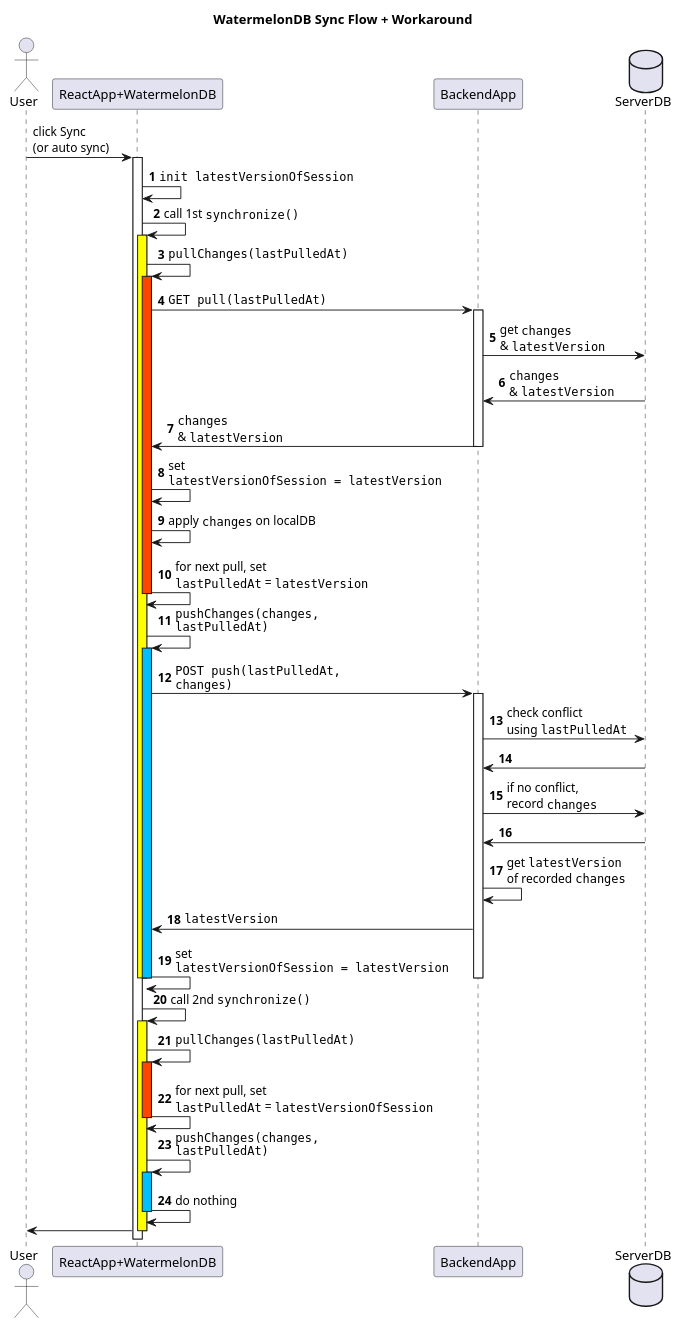
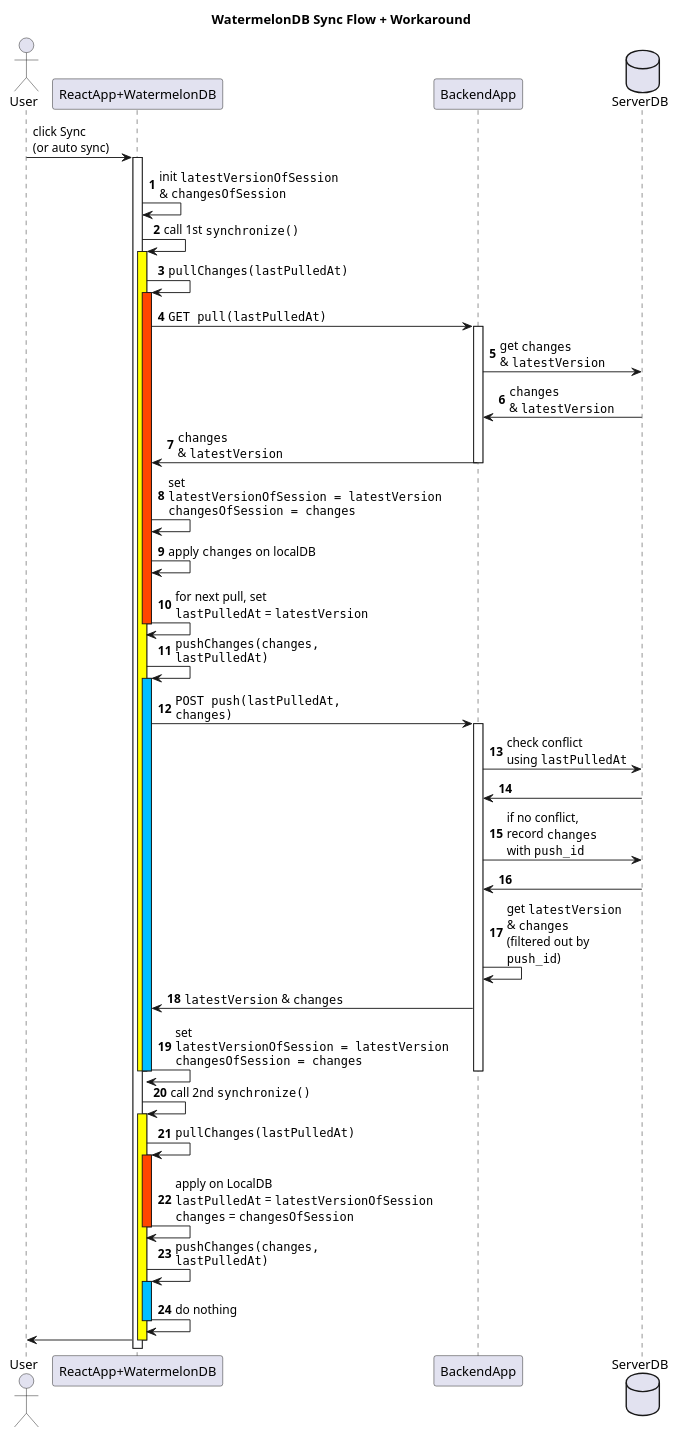
Before and after one commit to fahrinh/my-blog: the diagram in diagram/watermelondb-sync-flow-workaround.plantuml, drawn with PlantUML.

Commit message:
update diagram

```diff
--- a/diagram/watermelondb-sync-flow-workaround.plantuml
+++ b/diagram/watermelondb-sync-flow-workaround.plantuml
@@ -1,80 +1,80 @@
 @startuml
 title WatermelonDB Sync Flow + Workaround
 
 actor User
 
 participant "ReactApp+WatermelonDB" as ReactApp
 participant BackendApp
 database ServerDB
 
 User -> ReactApp : click Sync\n(or auto sync)
 activate ReactApp
 
 autonumber
 
-ReactApp -> ReactApp : ""init latestVersionOfSession""
+ReactApp -> ReactApp : init ""latestVersionOfSession""\n& ""changesOfSession""
 
 ReactApp -> ReactApp : call 1st ""synchronize()""
 activate ReactApp #Yellow
 
 ReactApp -> ReactApp : ""pullChanges(lastPulledAt)""
 activate ReactApp #OrangeRed
 
 ReactApp -> BackendApp : ""GET pull(lastPulledAt)""
 activate BackendApp
 
 BackendApp -> ServerDB : get ""changes"" \n& ""latestVersion""
 ServerDB -> BackendApp : ""changes"" \n& ""latestVersion""
 
 BackendApp -> ReactApp : ""changes"" \n& ""latestVersion""
 deactivate BackendApp
 
-ReactApp -> ReactApp : set\n""latestVersionOfSession = latestVersion""
+ReactApp -> ReactApp : set\n""latestVersionOfSession = latestVersion""\n""changesOfSession = changes""
 ReactApp -> ReactApp : apply ""changes"" on localDB
 ReactApp -> ReactApp : for next pull, set\n""lastPulledAt"" = ""latestVersion""
 
 deactivate ReactApp
 
 ReactApp -> ReactApp : ""pushChanges(changes,""\n""lastPulledAt)""
 activate ReactApp #DeepSkyBlue
 
 ReactApp -> BackendApp : ""POST push(lastPulledAt,""\n""changes)""
 activate BackendApp
 
 BackendApp -> ServerDB : check conflict\nusing ""lastPulledAt""
 ServerDB -> BackendApp
 
-BackendApp -> ServerDB : if no conflict,\nrecord ""changes""
+BackendApp -> ServerDB : if no conflict,\nrecord ""changes""\nwith ""push_id""
 ServerDB -> BackendApp
 
-BackendApp -> BackendApp : get ""latestVersion""\nof recorded ""changes""
+BackendApp -> BackendApp : get ""latestVersion""\n& ""changes""\n(filtered out by\n""push_id"")
 
-BackendApp -> ReactApp : ""latestVersion""
-ReactApp -> ReactApp : set\n""latestVersionOfSession = latestVersion""
+BackendApp -> ReactApp : ""latestVersion"" & ""changes""
+ReactApp -> ReactApp : set\n""latestVersionOfSession = latestVersion""\n""changesOfSession = changes""
 
 deactivate BackendApp
 
 deactivate ReactApp
 deactivate ReactApp
 
 ReactApp -> ReactApp : call 2nd ""synchronize()""
 activate ReactApp #Yellow
 
 ReactApp -> ReactApp : ""pullChanges(lastPulledAt)""
 activate ReactApp #OrangeRed
 
-ReactApp -> ReactApp : for next pull, set\n""lastPulledAt"" = ""latestVersionOfSession""
+ReactApp -> ReactApp : apply on LocalDB\n""lastPulledAt"" = ""latestVersionOfSession""\n""changes"" = ""changesOfSession""
 deactivate ReactApp
 
 ReactApp -> ReactApp : ""pushChanges(changes,""\n""lastPulledAt)""
 activate ReactApp #DeepSkyBlue
 
 ReactApp -> ReactApp : do nothing
 deactivate ReactApp
 
 autonumber stop
 
 ReactApp -> User
 deactivate ReactApp
 
 @enduml
```
